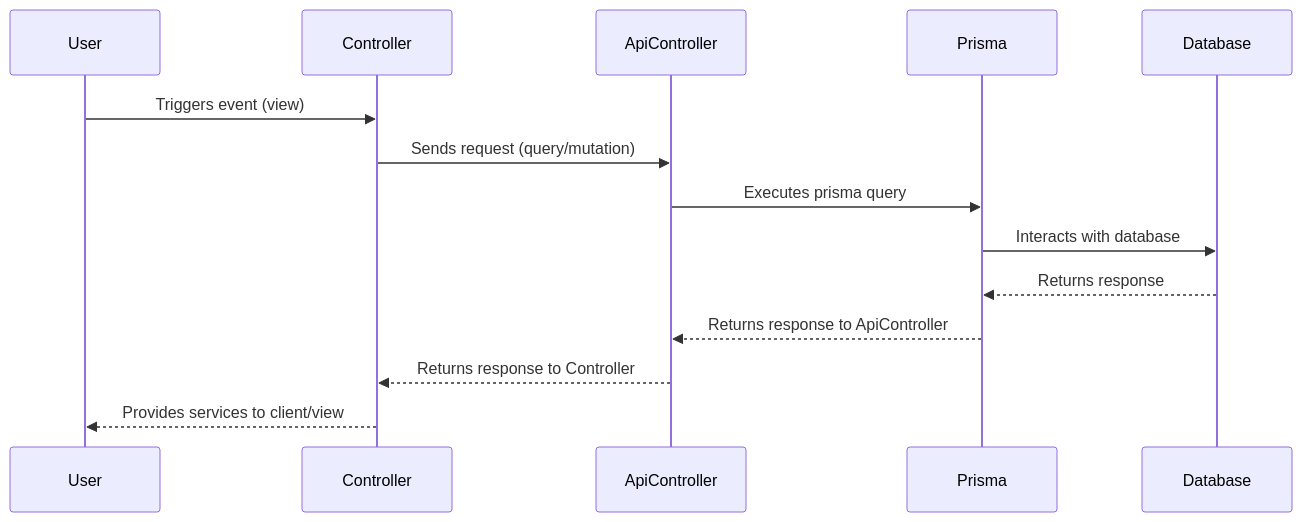
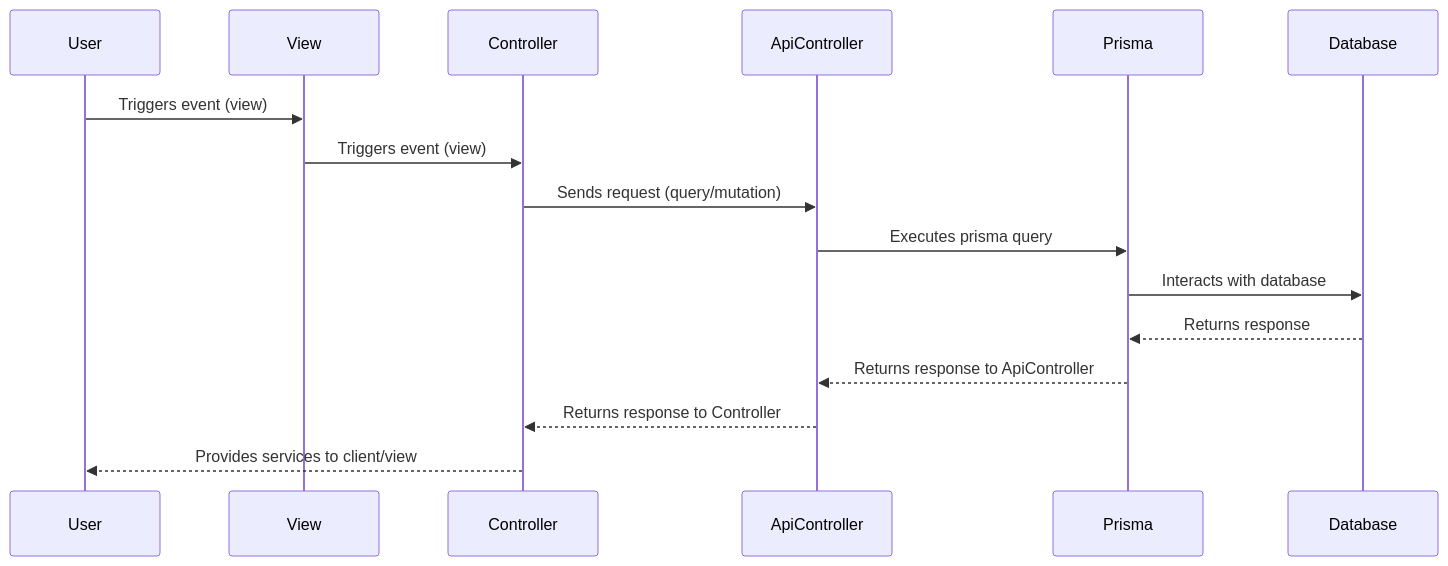
One commit to DawidWraga/team-project changed the second of 2 diagrams in README.md. Above: the diagram before and after it, drawn with Mermaid.

Commit message:
Updated Sequence Diagram

````diff
--- a/README.md
+++ b/README.md
@@ -151,12 +151,13 @@
 ```mermaid
 sequenceDiagram
-User->>Controller: Triggers event (view)
+User->>View: Triggers event (view)
+View->>Controller: Triggers event (view)
 Controller->>ApiController: Sends request (query/mutation)
 ApiController->>Prisma: Executes prisma query
 Prisma->>Database: Interacts with database
 Database-->>Prisma: Returns response
 Prisma-->>ApiController: Returns response to ApiController
 ApiController-->>Controller: Returns response to Controller
 Controller-->>User: Provides services to client/view
 
 ```
````
